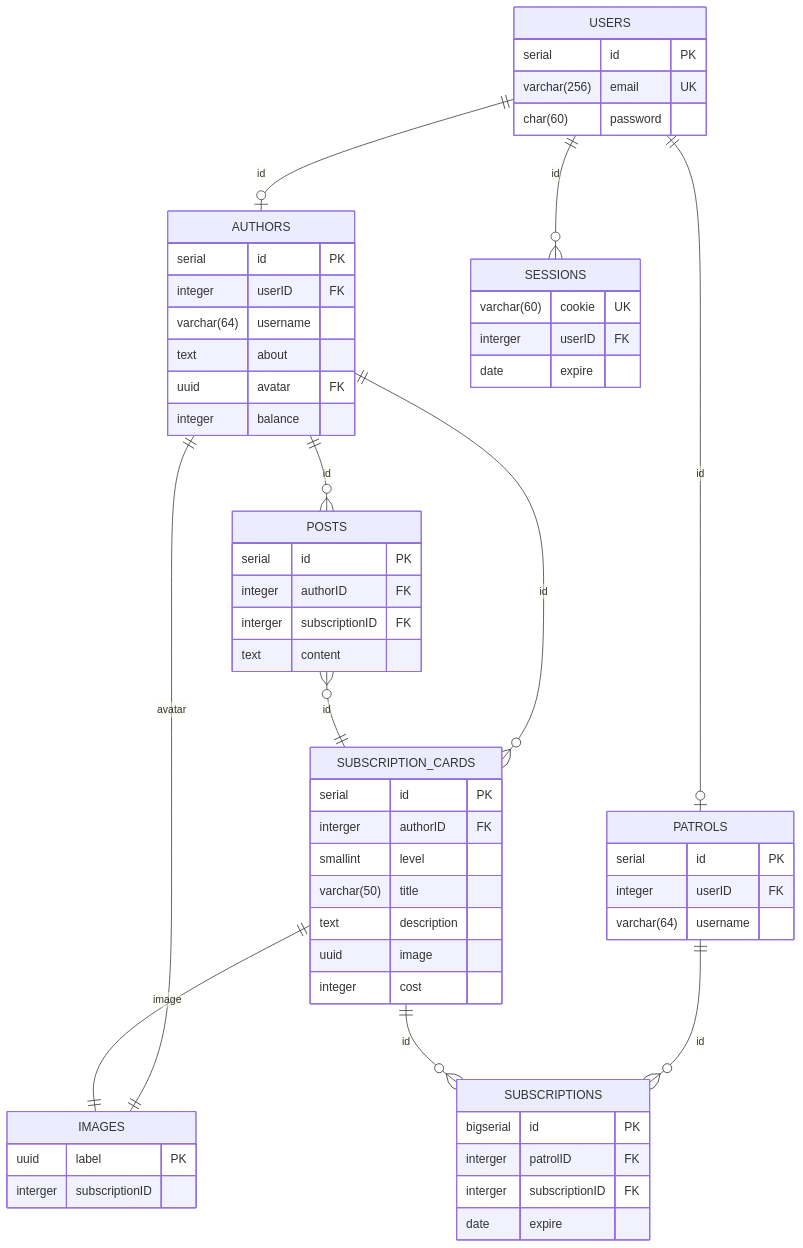
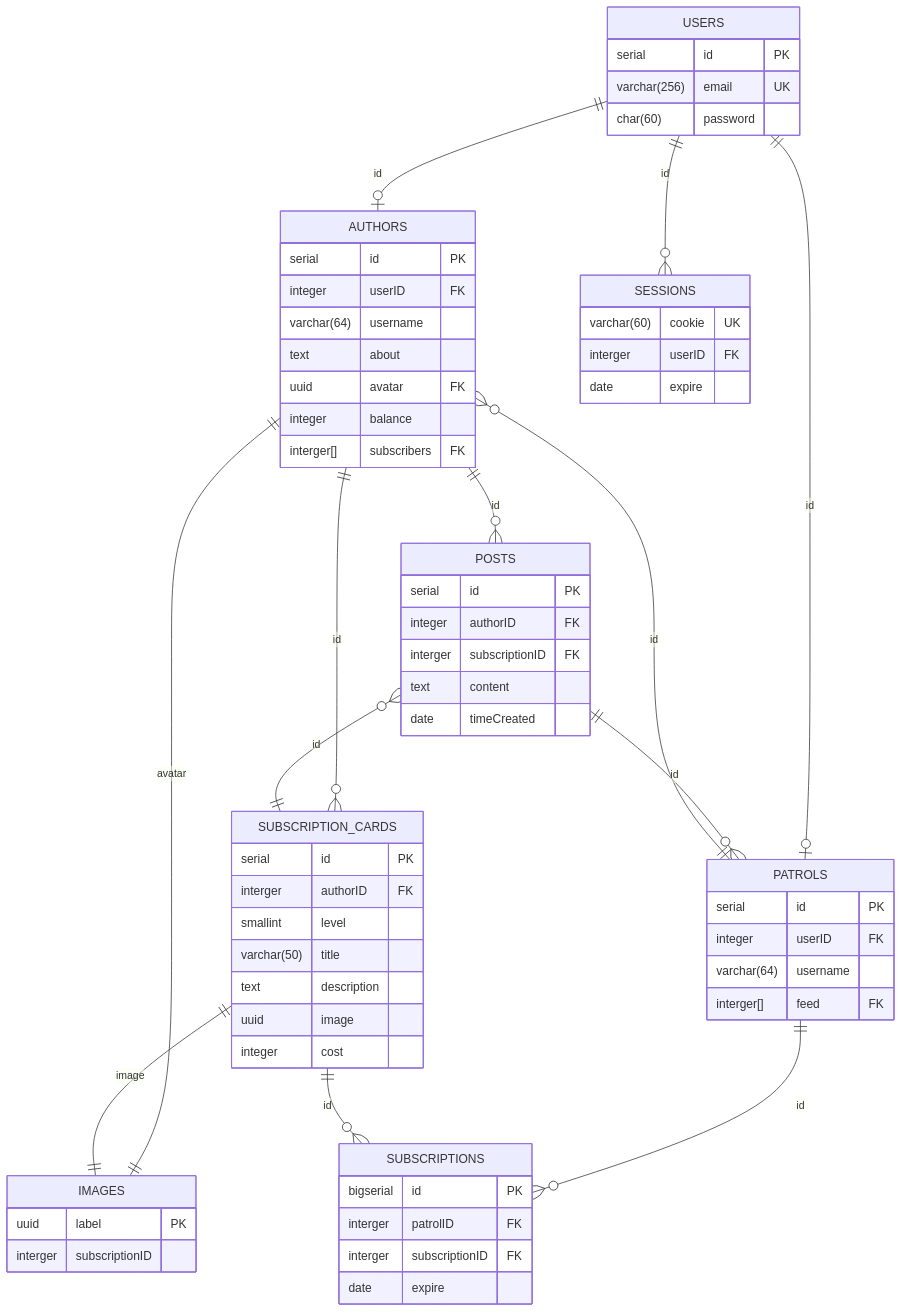
The first of 2 diagrams in README.md (leonard-pak/technopark-highload-coursework), drawn with Mermaid before and after one commit. The commit also changed other lines of this file and 1 other file, not shown here.

````diff
--- a/README.md
+++ b/README.md
@@ -230,62 +230,67 @@
 ```mermaid
   erDiagram
     USERS {
       serial id PK
       varchar(256) email UK
       char(60) password
     }
     AUTHORS {
       serial id PK
       integer userID FK
       varchar(64) username
       text about
       uuid avatar FK
       integer balance
+      interger[] subscribers FK
     }
     PATROLS {
       serial id PK
       integer userID FK
       varchar(64) username
+      interger[] feed FK
     }
     POSTS {
       serial id PK
       integer authorID FK
       interger subscriptionID FK
       text content
+      date timeCreated
     }
     SUBSCRIPTION_CARDS {
       serial id PK
       interger authorID FK
       smallint level
       varchar(50) title
       text description
       uuid image
       integer cost
     }
     SESSIONS {
       varchar(60) cookie UK
       interger userID FK
       date expire
     }
     SUBSCRIPTIONS {
       bigserial id PK
       interger patrolID FK
       interger subscriptionID FK
       date expire
     }
     IMAGES {
       uuid label PK
       interger subscriptionID
     }
 
     AUTHORS ||--o{ POSTS: id
     AUTHORS ||--|| IMAGES: avatar
     USERS ||--o| AUTHORS: id
     USERS ||--o| PATROLS: id
     USERS ||--o{ SESSIONS: id
     AUTHORS ||--o{ SUBSCRIPTION_CARDS: id
     POSTS }o--|| SUBSCRIPTION_CARDS: id
     SUBSCRIPTION_CARDS ||--|| IMAGES: image
     PATROLS ||--o{ SUBSCRIPTIONS: id
     SUBSCRIPTION_CARDS ||--o{ SUBSCRIPTIONS: id
+    POSTS ||--o{ PATROLS: id
+    PATROLS ||--o{ AUTHORS: id
 ```
````
